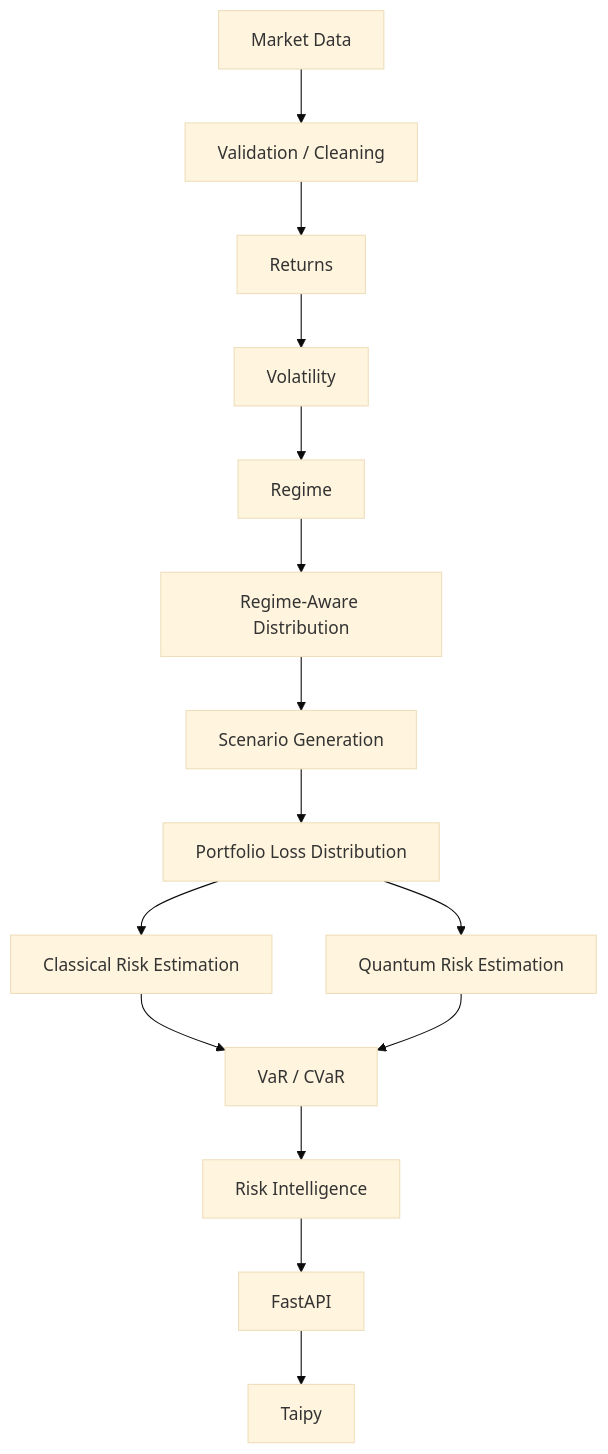
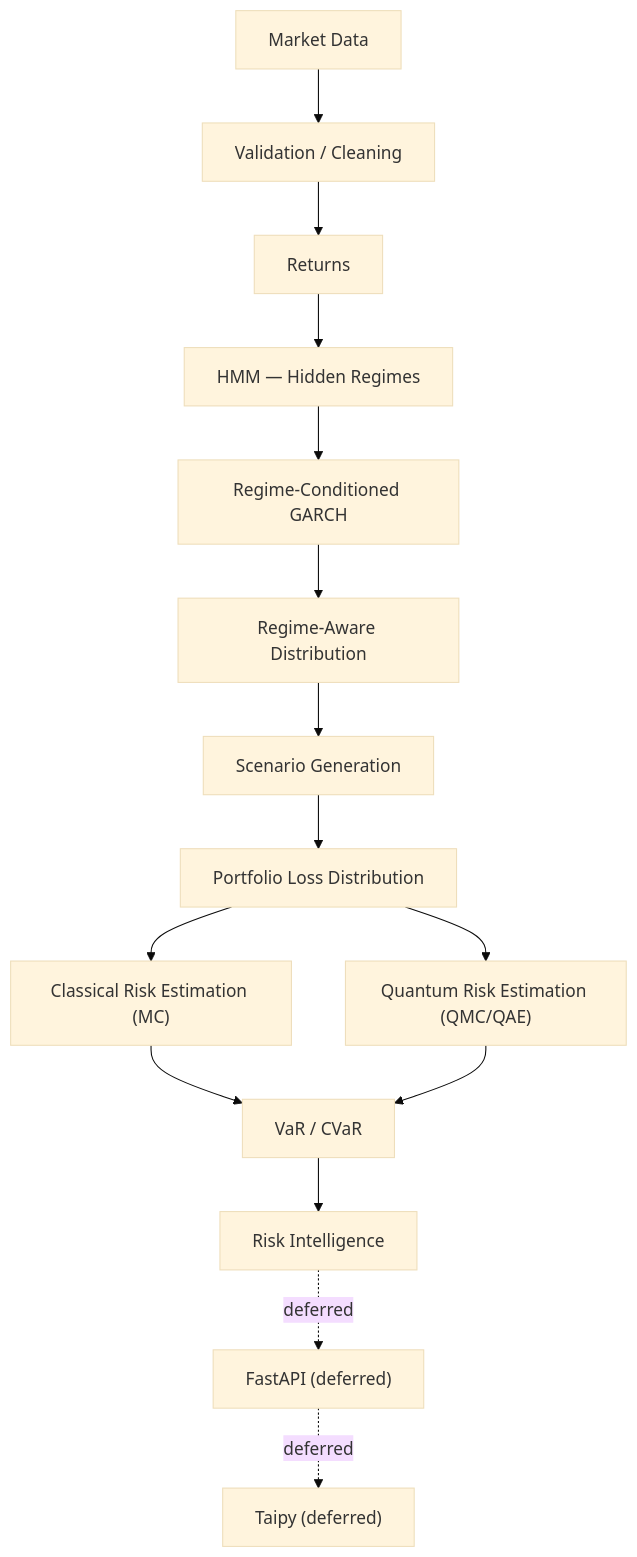
One commit to quantstellar-community/sigma changed the second of 3 diagrams in docs/ARCHITECTURE.md. Above: the diagram before and after it, drawn with Mermaid (base theme). The commit also changed other lines of this file and 12 other files, not shown here.

Commit message:
docs: align all docs with regime-conditioned research direction (ADR-0007/0008)

````diff
--- a/docs/ARCHITECTURE.md
+++ b/docs/ARCHITECTURE.md
@@ -544,32 +550,32 @@
 ```mermaid
 flowchart TD
     MARKET["Market Data"]
     VALIDATE["Validation / Cleaning"]
     RETURNS["Returns"]
-    VOL["Volatility"]
-    REGIME["Regime"]
+    REGIME["HMM — Hidden Regimes"]
+    VOL["Regime-Conditioned GARCH"]
     DIST["Regime-Aware Distribution"]
     SCENARIO["Scenario Generation"]
     LOSS["Portfolio Loss Distribution"]
-    CLASSICAL["Classical Risk Estimation"]
-    QUANTUM["Quantum Risk Estimation"]
+    CLASSICAL["Classical Risk Estimation (MC)"]
+    QUANTUM["Quantum Risk Estimation (QMC/QAE)"]
     RISK["VaR / CVaR"]
     INTEL["Risk Intelligence"]
-    API["FastAPI"]
-    UI["Taipy"]
+    API["FastAPI (deferred)"]
+    UI["Taipy (deferred)"]
 
     MARKET --> VALIDATE
     VALIDATE --> RETURNS
-    RETURNS --> VOL
-    VOL --> REGIME
-    REGIME --> DIST
+    RETURNS --> REGIME
+    REGIME --> VOL
+    VOL --> DIST
     DIST --> SCENARIO
     SCENARIO --> LOSS
     LOSS --> CLASSICAL
     LOSS --> QUANTUM
     CLASSICAL --> RISK
     QUANTUM --> RISK
     RISK --> INTEL
-    INTEL --> API
-    API --> UI
+    INTEL -.deferred.-> API
+    API -.deferred.-> UI
 ```
````
